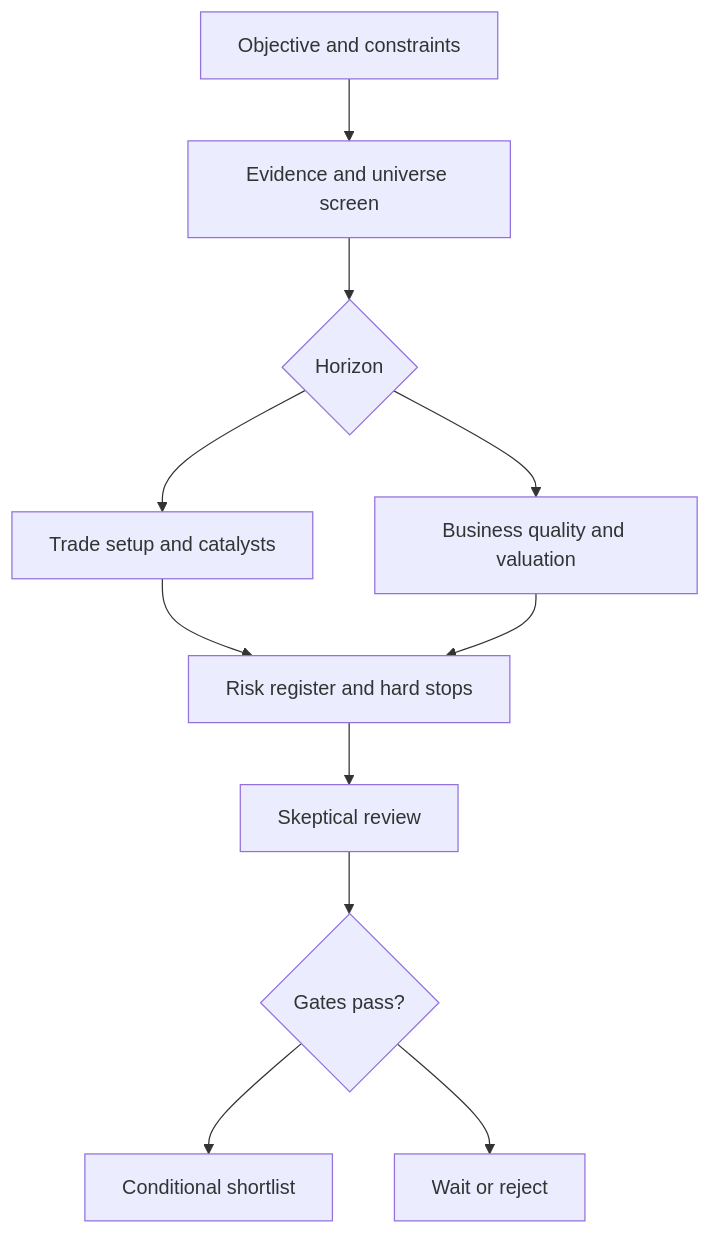
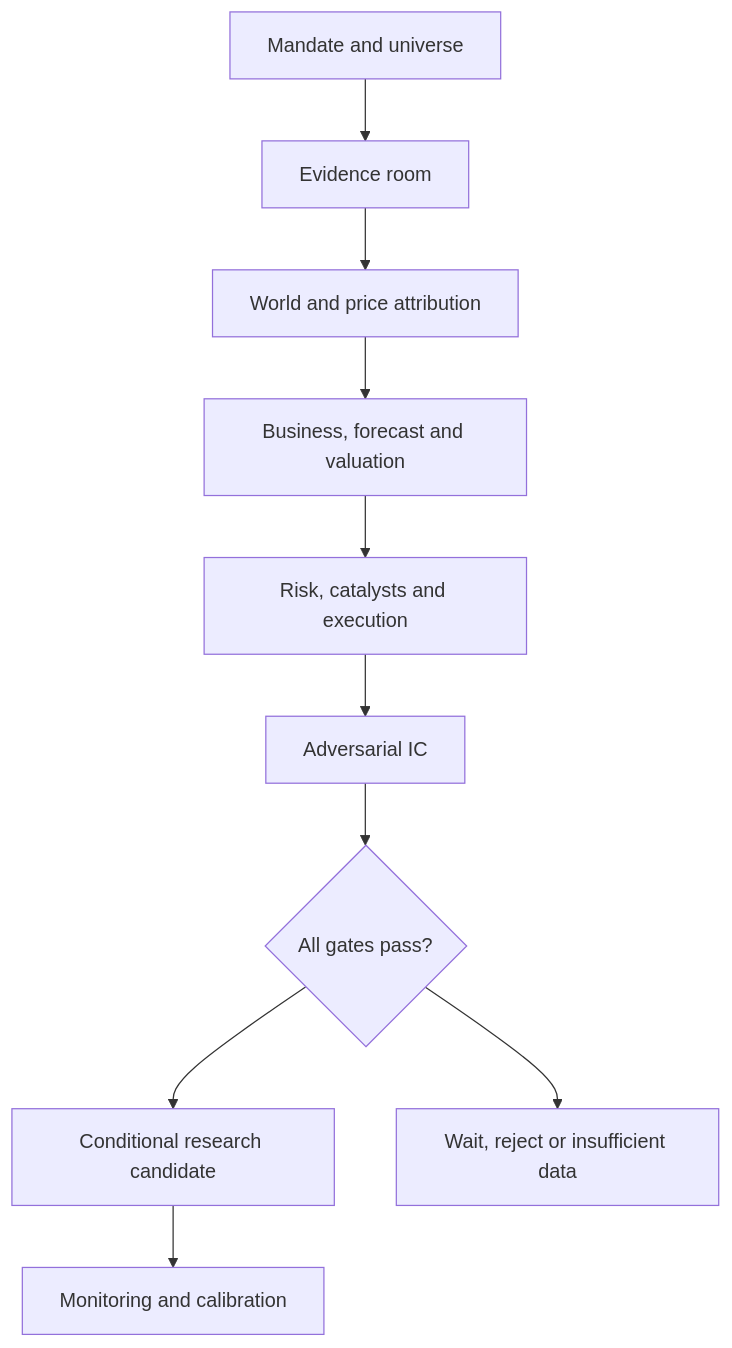
The diagram in README.md (RealBhupesh/stokex-research-harness-for-your-agents), drawn with Mermaid before and after one commit. The commit also changed other lines of this file and 54 other files, not shown here.

````diff
--- a/README.md
+++ b/README.md
@@ -16,13 +16,12 @@
 ```mermaid
 flowchart TD
- A[Objective and constraints] --> B[Evidence and universe screen]
- B --> C{Horizon}
- C --> D[Trade setup and catalysts]
- C --> E[Business quality and valuation]
- D --> F[Risk register and hard stops]
- E --> F
- F --> J[Skeptical review]
- J --> G{Gates pass?}
- G --> H[Conditional shortlist]
- G --> I[Wait or reject]
+ A[Mandate and universe] --> B[Evidence room]
+ B --> C[World and price attribution]
+ C --> D[Business, forecast and valuation]
+ D --> E[Risk, catalysts and execution]
+ E --> F[Adversarial IC]
+ F --> G{All gates pass?}
+ G --> H[Conditional research candidate]
+ G --> I[Wait, reject or insufficient data]
+ H --> J[Monitoring and calibration]
 ```
````
